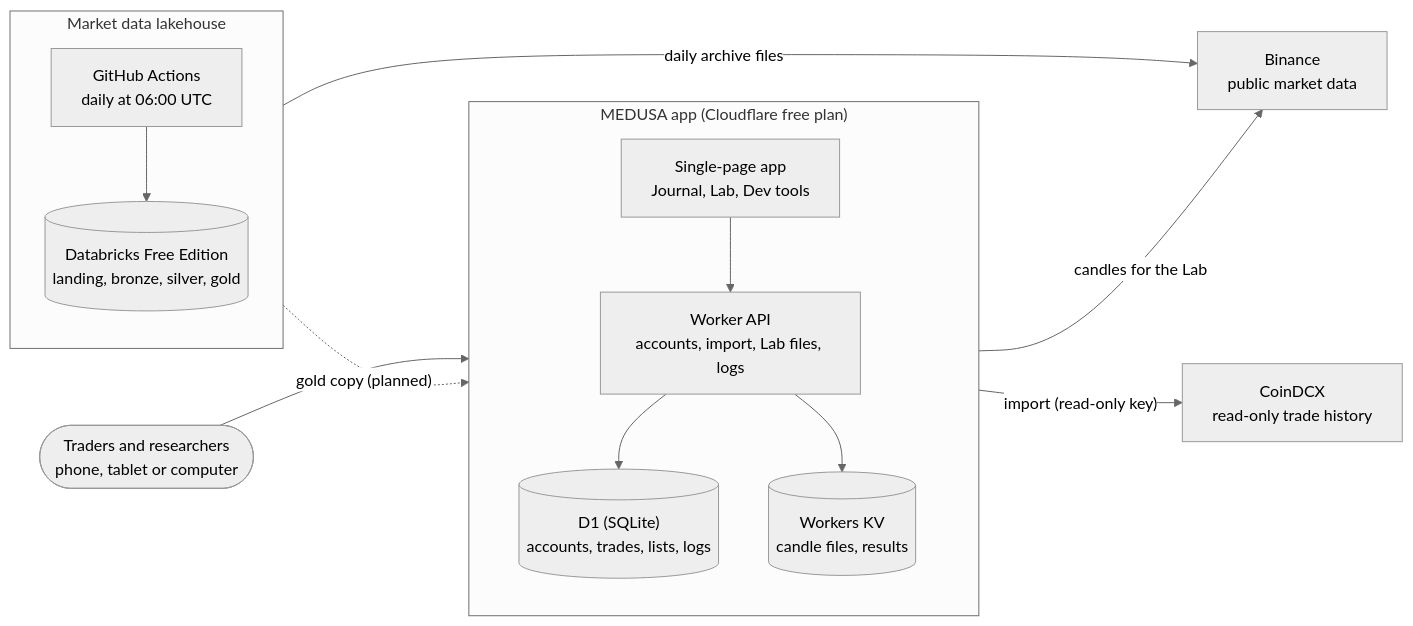
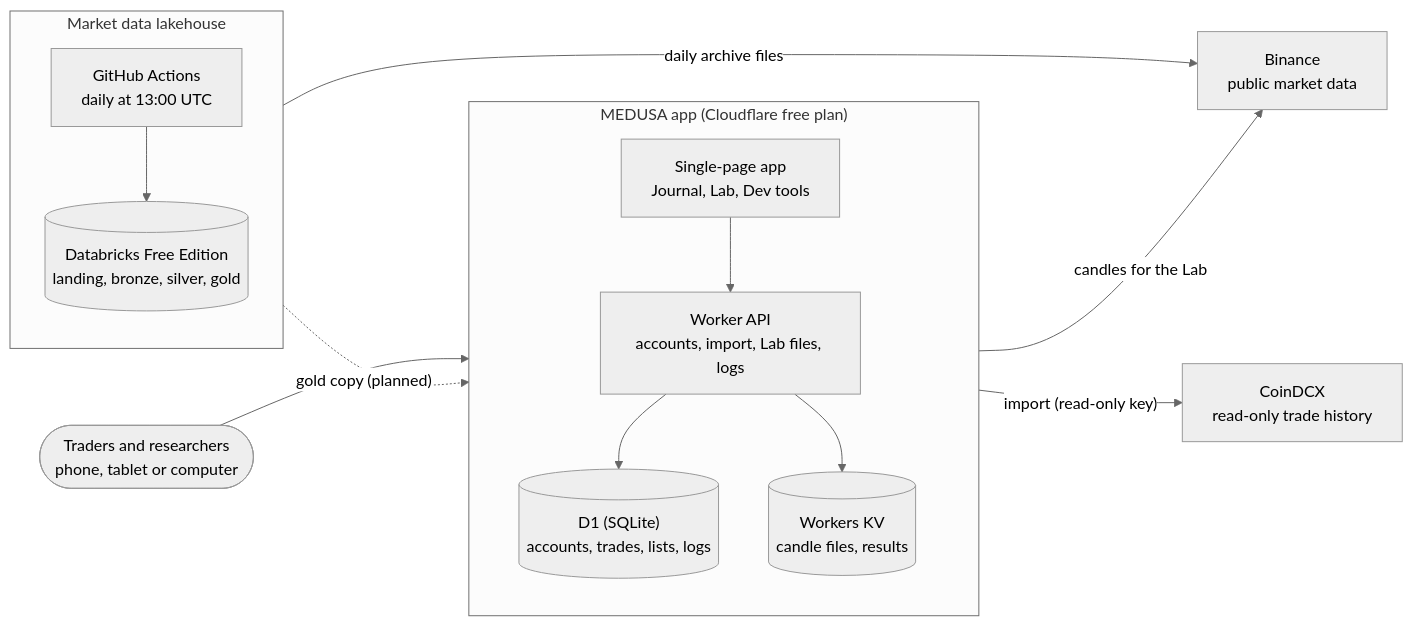
The diagram in docs/diagrams/system-context.mmd (shivam65-sketch/medusa), drawn with Mermaid before and after one commit. The commit also changed 9 other files, not shown here.

Commit message:
Lakehouse: daily load at 13:00 UTC; retry dropped downloads; refuse a half-published day (ADR-021)

```diff
--- a/docs/diagrams/system-context.mmd
+++ b/docs/diagrams/system-context.mmd
@@ -1,26 +1,26 @@
 %%{init: {"theme": "neutral"}}%%
 flowchart LR
   U(["Traders and researchers<br>phone, tablet or computer"])
   subgraph APP["MEDUSA app (Cloudflare free plan)"]
     direction TB
     FE["Single-page app<br>Journal, Lab, Dev tools"]
     API["Worker API<br>accounts, import, Lab files, logs"]
     DB[("D1 (SQLite)<br>accounts, trades, lists, logs")]
     KV[("Workers KV<br>candle files, results")]
     FE --> API
     API --> DB
     API --> KV
   end
   subgraph LH["Market data lakehouse"]
     direction TB
-    GA["GitHub Actions<br>daily at 06:00 UTC"]
+    GA["GitHub Actions<br>daily at 13:00 UTC"]
     DBX[("Databricks Free Edition<br>landing, bronze, silver, gold")]
     GA --> DBX
   end
   CDX["CoinDCX<br>read-only trade history"]
   BIN["Binance<br>public market data"]
   U --> FE
   API -->|"import (read-only key)"| CDX
   FE -->|"candles for the Lab"| BIN
   GA -->|"daily archive files"| BIN
   DBX -.->|"gold copy (planned)"| DB
```
